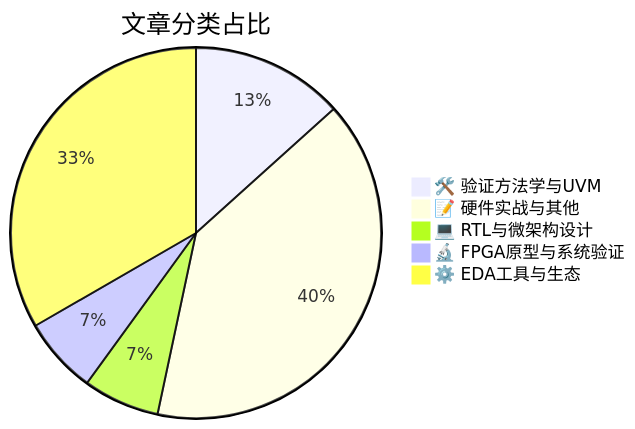
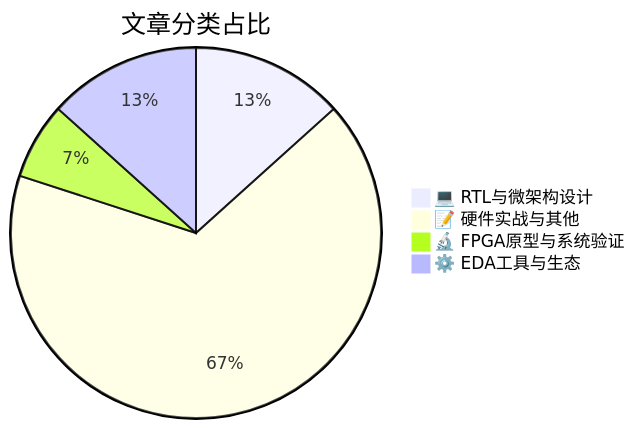
The diagram in public/digest.md (casparlin/fpga-daily-digest), drawn with Mermaid before and after one commit. The commit also changed other lines of this file and 1 other file, not shown here.

````diff
--- a/public/digest.md
+++ b/public/digest.md
@@ -41,8 +41,7 @@
 ```mermaid
 pie title 文章分类占比
-  "🛠️ 验证方法学与UVM" : 2
-  "📝 硬件实战与其他" : 6
-  "💻 RTL与微架构设计" : 1
+  "💻 RTL与微架构设计" : 2
+  "📝 硬件实战与其他" : 10
   "🔬 FPGA原型与系统验证" : 1
-  "⚙️ EDA工具与生态" : 5
+  "⚙️ EDA工具与生态" : 2
 ```
````
